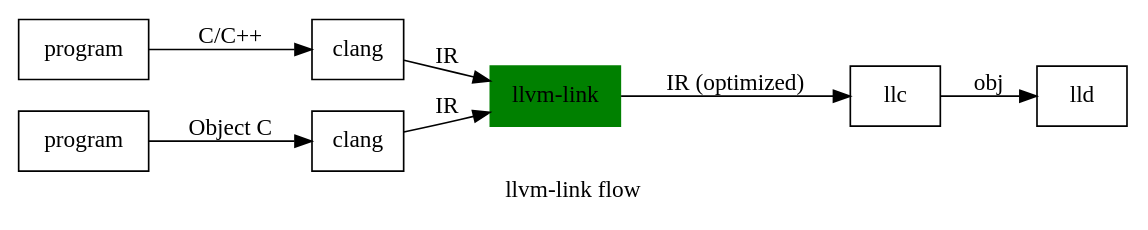
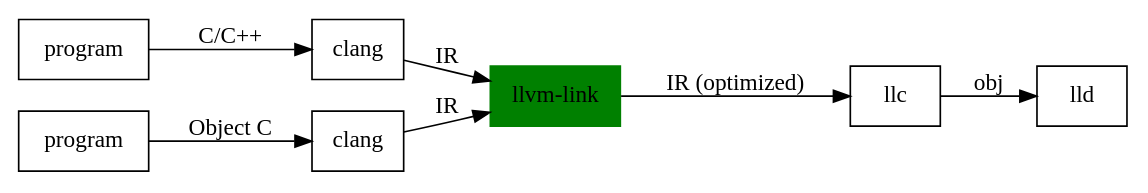
The diagram in Fig/opt/llvm-link.gv (Jonathan2251/lbt), drawn with Graphviz before and after one commit. The commit also changed 7 other files, not shown here.

```diff
--- a/Fig/opt/llvm-link.gv
+++ b/Fig/opt/llvm-link.gv
@@ -1,21 +1,21 @@
 digraph G {
   rankdir=LR;
 
   node [shape=record];
   program1 [label = "program"];
   program2 [label = "program"];
   clang1 [label = "clang"];
   clang2 [label = "clang"];
   llc;
   lld;
   llvm_link [label="llvm-link",style=filled,color=green];
 
   program1 -> clang1 [label = "C/C++"];
   program2 -> clang2 [label = "Object C"];
   clang1 -> llvm_link [label = "IR"];
   clang2 -> llvm_link [label = "IR"];
   llvm_link -> llc [ label = "IR (optimized)" ];
   llc -> lld [ label = "obj" ];
 
-  label = "llvm-link flow";
+//  label = "llvm-link flow";
 }
```
